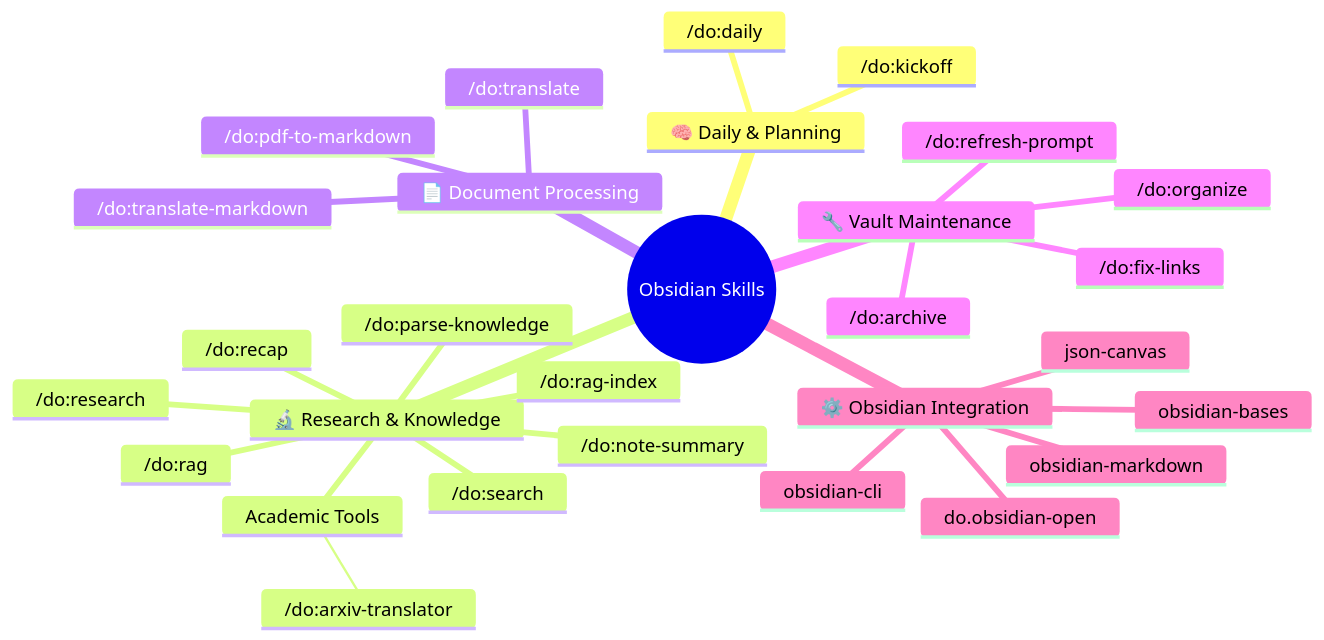
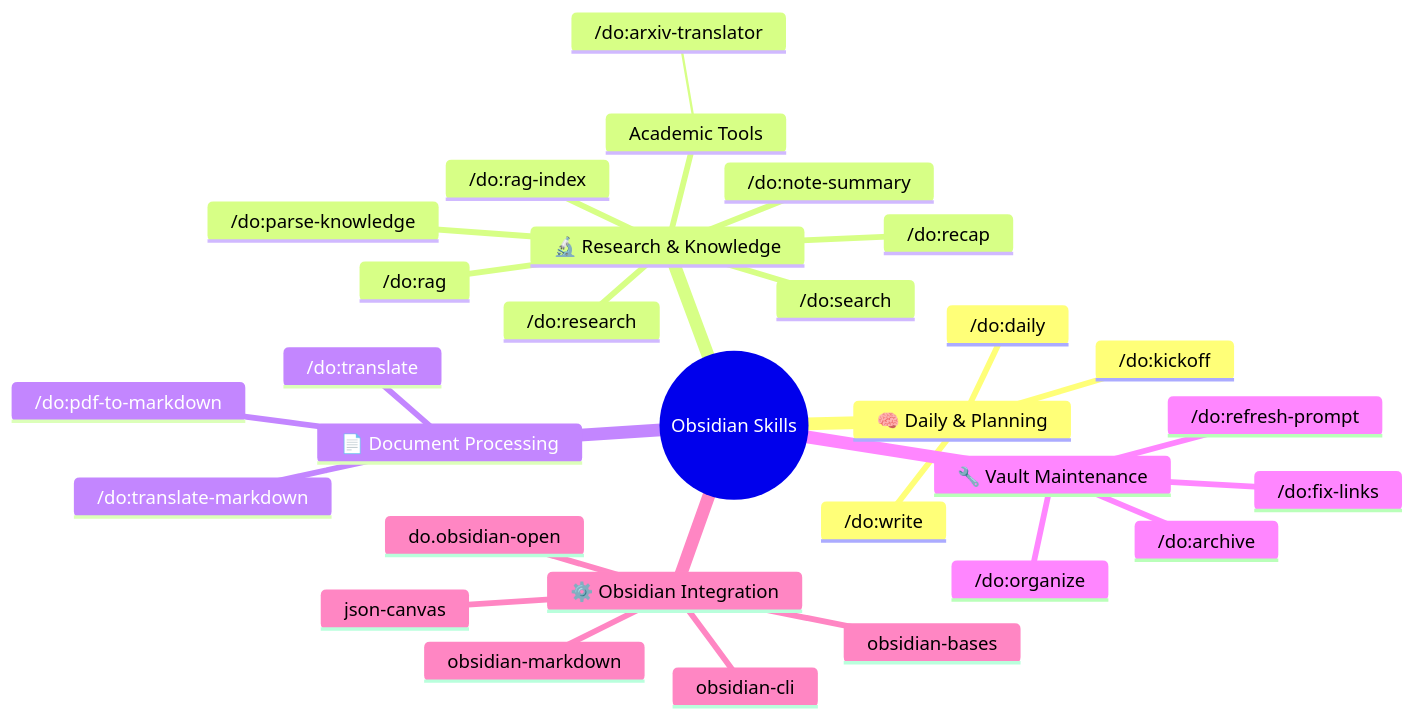
The fourth of 8 diagrams in README.md (dull-bird/DeepOrbit), drawn with Mermaid before and after one commit. The commit also changed other lines of this file and 3 other files, not shown here.

````diff
--- a/README.md
+++ b/README.md
@@ -146,32 +148,33 @@
 ```mermaid
 mindmap
   root((Obsidian Skills))
     🧠 Daily & Planning
       /do:daily
       /do:kickoff
+      /do:write
     🔬 Research & Knowledge
       /do:research
       /do:parse-knowledge
       /do:note-summary
       /do:recap
       /do:rag
       /do:rag-index
       /do:search
      Academic Tools
       /do:arxiv-translator
     📄 Document Processing
       /do:pdf-to-markdown
       /do:translate-markdown
       /do:translate
     🔧 Vault Maintenance
       /do:fix-links
       /do:archive
       /do:organize
       /do:refresh-prompt
     ⚙️ Obsidian Integration
       obsidian-markdown
       obsidian-bases
       json-canvas
       obsidian-cli
       do.obsidian-open
 ```
````
